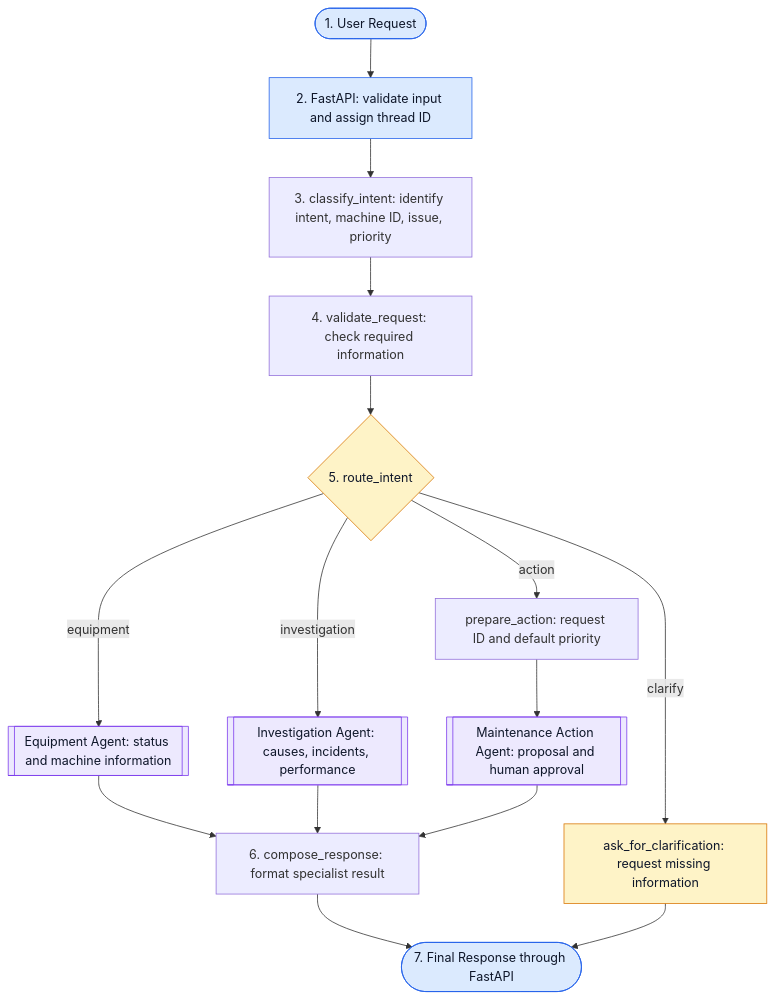
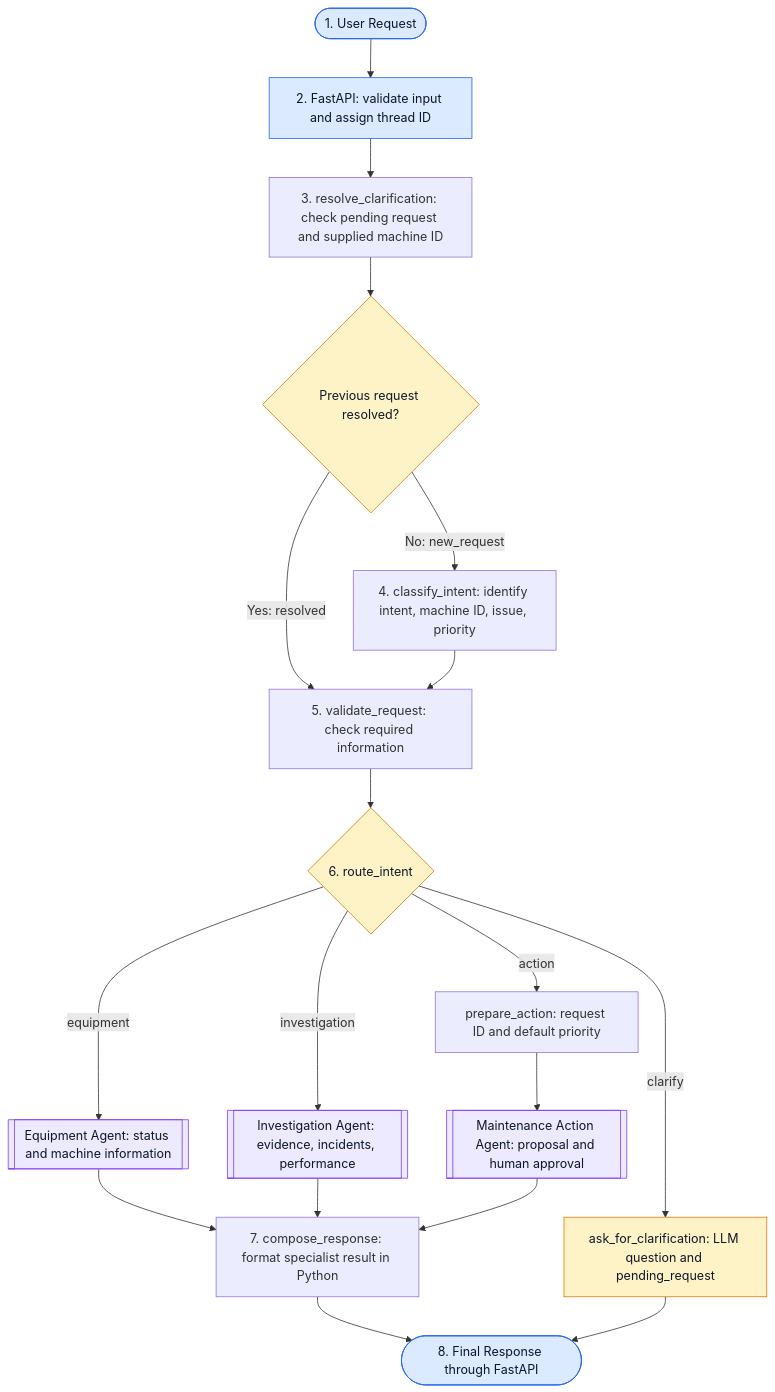
One commit to Sol1986/Manufacturing-AI-Operations-Agent changed the first of 5 diagrams in README.md. Above: the diagram before and after it, drawn with Mermaid. The commit also changed other lines of this file and 6 other files, not shown here.

````diff
--- a/README.md
+++ b/README.md
@@ -44,34 +62,39 @@
 ```mermaid
 flowchart TD
     userRequest(["1. User Request"])
     apiLayer["2. FastAPI: validate input and assign thread ID"]
-    classifyIntent["3. classify_intent: identify intent, machine ID, issue, priority"]
-    validateRequest["4. validate_request: check required information"]
-    routeIntent{"5. route_intent"}
+    resolveClarification["3. resolve_clarification: check pending request and supplied machine ID"]
+    routeClarification{"Previous request resolved?"}
+    classifyIntent["4. classify_intent: identify intent, machine ID, issue, priority"]
+    validateRequest["5. validate_request: check required information"]
+    routeIntent{"6. route_intent"}
     equipmentAgent[["Equipment Agent: status and machine information"]]
-    investigationAgent[["Investigation Agent: causes, incidents, performance"]]
+    investigationAgent[["Investigation Agent: evidence, incidents, performance"]]
     prepareAction["prepare_action: request ID and default priority"]
     actionAgent[["Maintenance Action Agent: proposal and human approval"]]
-    clarifyRequest["ask_for_clarification: request missing information"]
-    composeResponse["6. compose_response: format specialist result"]
-    finalResponse(["7. Final Response through FastAPI"])
+    clarifyRequest["ask_for_clarification: LLM question and pending_request"]
+    composeResponse["7. compose_response: format specialist result in Python"]
+    finalResponse(["8. Final Response through FastAPI"])
 
-    userRequest --> apiLayer --> classifyIntent --> validateRequest --> routeIntent
+    userRequest --> apiLayer --> resolveClarification --> routeClarification
+    routeClarification -->|"Yes: resolved"| validateRequest
+    routeClarification -->|"No: new_request"| classifyIntent
+    classifyIntent --> validateRequest --> routeIntent
     routeIntent -->|"equipment"| equipmentAgent
     routeIntent -->|"investigation"| investigationAgent
     routeIntent -->|"action"| prepareAction
     prepareAction --> actionAgent
     routeIntent -->|"clarify"| clarifyRequest
     equipmentAgent --> composeResponse
     investigationAgent --> composeResponse
     actionAgent --> composeResponse
     composeResponse --> finalResponse
     clarifyRequest --> finalResponse
 
     classDef entry fill:#dbeafe,stroke:#2563eb,color:#0f172a;
     classDef specialist fill:#ede9fe,stroke:#7c3aed,color:#0f172a;
     classDef decision fill:#fef3c7,stroke:#d97706,color:#0f172a;
     class userRequest,apiLayer,finalResponse entry;
     class equipmentAgent,investigationAgent,actionAgent specialist;
-    class routeIntent,clarifyRequest decision;
+    class routeClarification,routeIntent,clarifyRequest decision;
 ```
````
